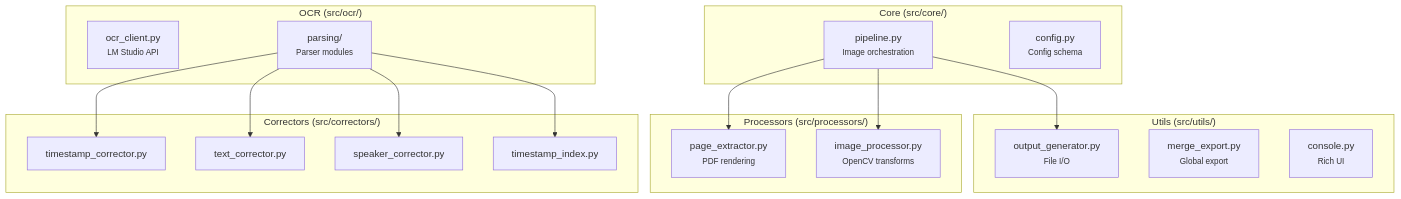
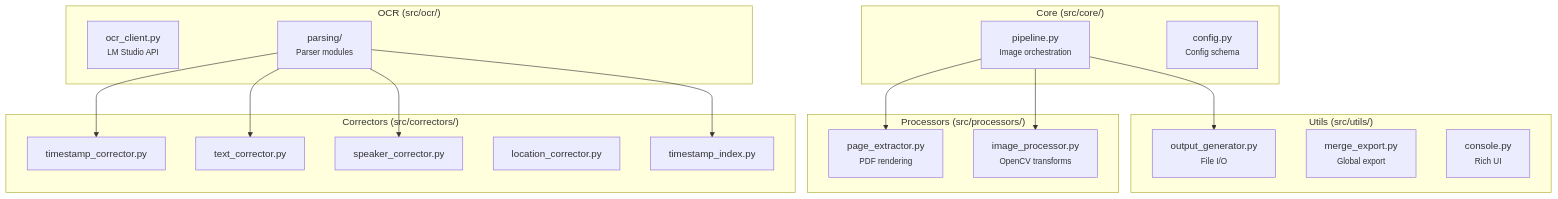
The third of 5 diagrams in docs/ARCHITECTURE.md (JeanLouisParent/Nasa-Transcript-Processor), drawn with Mermaid before and after one commit. The commit also changed other lines of this file and 9 other files, not shown here.

````diff
--- a/docs/ARCHITECTURE.md
+++ b/docs/ARCHITECTURE.md
@@ -162,38 +162,39 @@
 ```mermaid
 flowchart TB
     subgraph Core ["Core (src/core/)"]
         PIPE[pipeline.py<br/><small>Image orchestration</small>]
         CONF[config.py<br/><small>Config schema</small>]
     end
 
     subgraph Processors ["Processors (src/processors/)"]
         EXTM[page_extractor.py<br/><small>PDF rendering</small>]
         IMGM[image_processor.py<br/><small>OpenCV transforms</small>]
     end
 
     subgraph OCRMod ["OCR (src/ocr/)"]
         CLIENT[ocr_client.py<br/><small>LM Studio API</small>]
         PARSER[parsing/<br/><small>Parser modules</small>]
     end
 
     subgraph Correctors ["Correctors (src/correctors/)"]
         TSC[timestamp_corrector.py]
         TXC[text_corrector.py]
         SPC[speaker_corrector.py]
+        LOC[location_corrector.py]
         TSI[timestamp_index.py]
     end
 
     subgraph Utils ["Utils (src/utils/)"]
         OUTG[output_generator.py<br/><small>File I/O</small>]
         MERG[merge_export.py<br/><small>Global export</small>]
         CONS[console.py<br/><small>Rich UI</small>]
     end
 
     PIPE --> EXTM
     PIPE --> IMGM
     PIPE --> OUTG
     PARSER --> TSC
     PARSER --> TXC
     PARSER --> SPC
     PARSER --> TSI
 ```
````
